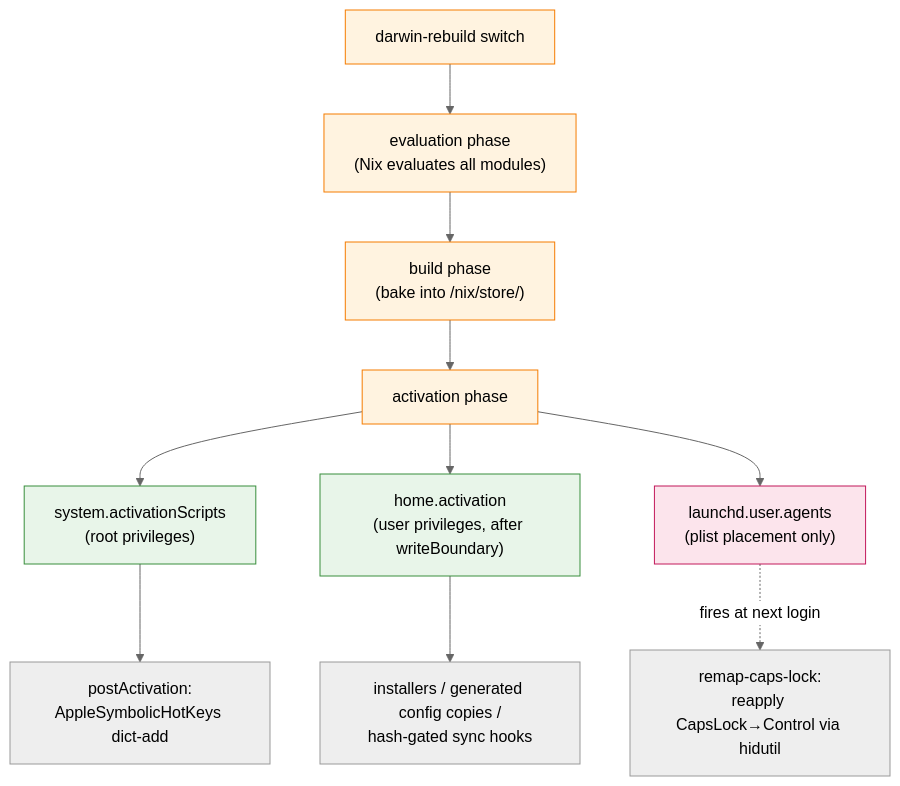
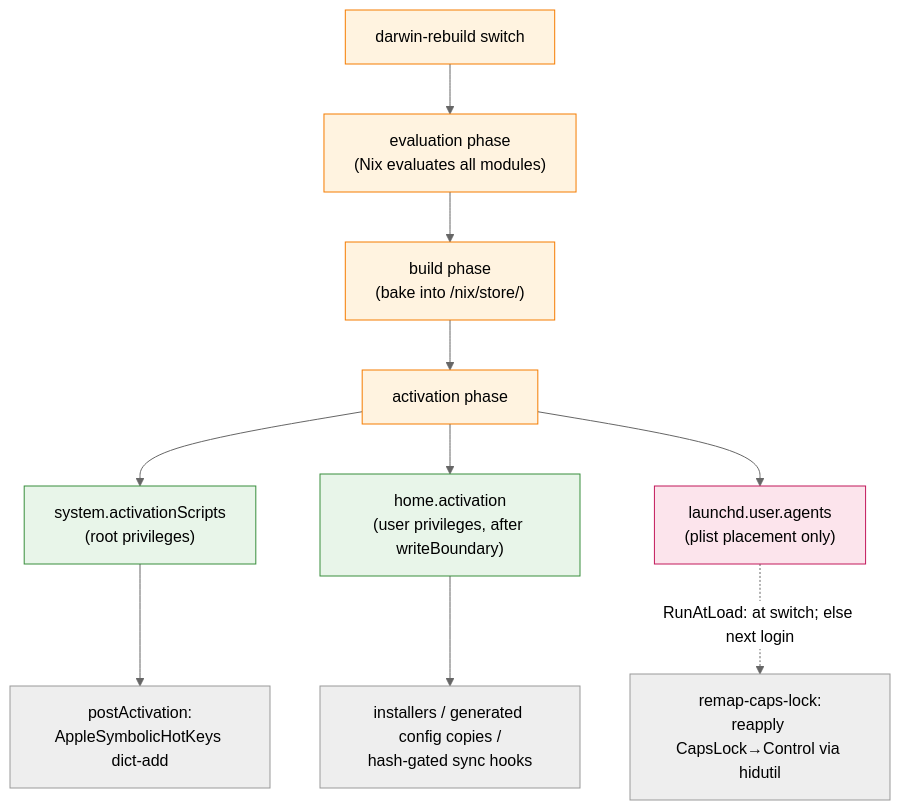
Before and after one commit to danimal141/dotfiles: the third of 3 diagrams in docs/design-philosophy.md, drawn with Mermaid (neutral theme). The commit also changed other lines of this file and 6 other files, not shown here.

````diff
--- a/docs/design-philosophy.md
+++ b/docs/design-philosophy.md
@@ -146,21 +151,21 @@
 ```mermaid
 flowchart TB
     classDef phase fill:#fff3e0,stroke:#f57c00,color:#000
     classDef hook fill:#e8f5e9,stroke:#388e3c,color:#000
     classDef agent fill:#fce4ec,stroke:#c2185b,color:#000
 
     DR["darwin-rebuild switch"]:::phase
     Eval["evaluation phase<br/>(Nix evaluates all modules)"]:::phase
     Build["build phase<br/>(bake into /nix/store/)"]:::phase
     Act["activation phase"]:::phase
 
     DR --> Eval --> Build --> Act
 
     Act --> Sys["system.activationScripts<br/>(root privileges)"]:::hook
     Act --> Home["home.activation<br/>(user privileges, after writeBoundary)"]:::hook
     Act --> LA["launchd.user.agents<br/>(plist placement only)"]:::agent
 
     Sys --> SysHook["postActivation:<br/>AppleSymbolicHotKeys dict-add"]
     Home --> HomeHook["installers / generated config copies /<br/>hash-gated sync hooks"]
-    LA -.->|"fires at next login"| LAHook["remap-caps-lock:<br/>reapply CapsLock→Control via hidutil"]
+    LA -.->|"RunAtLoad: at switch; else next login"| LAHook["remap-caps-lock:<br/>reapply CapsLock→Control via hidutil"]
 ```
````
